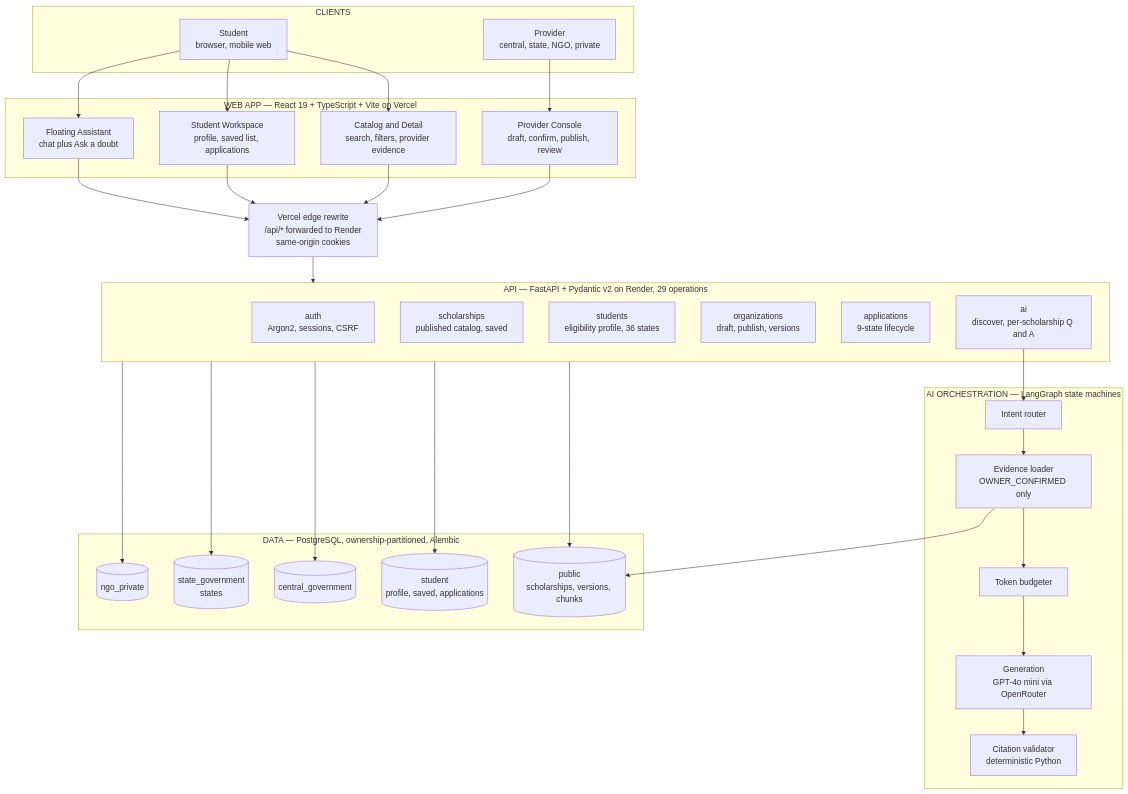
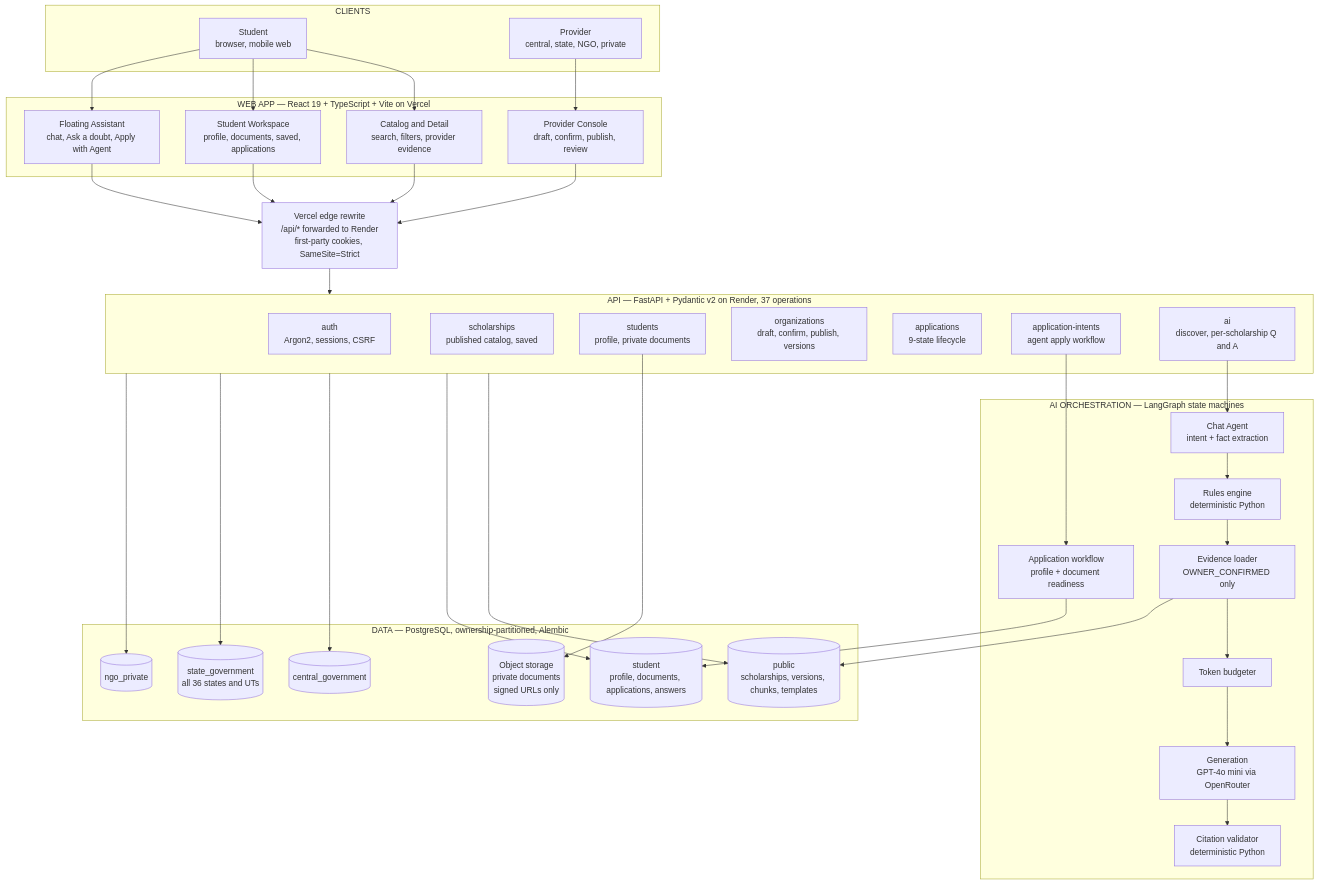
Before and after one commit to 23110572-hash/Scholarsaathi: the third of 8 diagrams in README.md, drawn with Mermaid. The commit also changed other lines of this file, not shown here.

Commit message:
Rewrite README as an NSP redesign proposal

````diff
--- a/README.md
+++ b/README.md
@@ -101,59 +207,69 @@
 ```mermaid
 flowchart TB
     subgraph clients["CLIENTS"]
         S["Student<br/>browser, mobile web"]
         P["Provider<br/>central, state, NGO, private"]
     end
 
     subgraph web["WEB APP — React 19 + TypeScript + Vite on Vercel"]
         CAT["Catalog and Detail<br/>search, filters, provider evidence"]
-        WS["Student Workspace<br/>profile, saved list, applications"]
-        AI_UI["Floating Assistant<br/>chat plus Ask a doubt"]
+        WS["Student Workspace<br/>profile, documents, saved, applications"]
+        AI_UI["Floating Assistant<br/>chat, Ask a doubt, Apply with Agent"]
         PC["Provider Console<br/>draft, confirm, publish, review"]
     end
 
-    EDGE["Vercel edge rewrite<br/>/api/* forwarded to Render<br/>same-origin cookies"]
+    EDGE["Vercel edge rewrite<br/>/api/* forwarded to Render<br/>first-party cookies, SameSite=Strict"]
 
-    subgraph api["API — FastAPI + Pydantic v2 on Render, 29 operations"]
+    subgraph api["API — FastAPI + Pydantic v2 on Render, 37 operations"]
         AUTH["auth<br/>Argon2, sessions, CSRF"]
         SCH["scholarships<br/>published catalog, saved"]
-        STU["students<br/>eligibility profile, 36 states"]
-        ORG["organizations<br/>draft, publish, versions"]
+        STU["students<br/>profile, private documents"]
+        ORG["organizations<br/>draft, confirm, publish, versions"]
         APP["applications<br/>9-state lifecycle"]
+        INT["application-intents<br/>agent apply workflow"]
         AIR["ai<br/>discover, per-scholarship Q and A"]
     end
 
     subgraph ai["AI ORCHESTRATION — LangGraph state machines"]
-        ROUTE["Intent router"]
+        CHATA["Chat Agent<br/>intent + fact extraction"]
+        RULES["Rules engine<br/>deterministic Python"]
         EV["Evidence loader<br/>OWNER_CONFIRMED only"]
         BUD["Token budgeter"]
         GEN["Generation<br/>GPT-4o mini via OpenRouter"]
         VAL["Citation validator<br/>deterministic Python"]
+        WF["Application workflow<br/>profile + document readiness"]
     end
 
     subgraph data["DATA — PostgreSQL, ownership-partitioned, Alembic"]
-        PUB[("public<br/>scholarships, versions, chunks")]
-        STD[("student<br/>profile, saved, applications")]
+        PUB[("public<br/>scholarships, versions, chunks, templates")]
+        STD[("student<br/>profile, documents, applications, answers")]
         CG[("central_government")]
-        SG[("state_government<br/>states")]
+        SG[("state_government<br/>all 36 states and UTs")]
         NP[("ngo_private")]
+        OBJ[("Object storage<br/>private documents<br/>signed URLs only")]
     end
 
     S --> CAT
     S --> WS
     S --> AI_UI
     P --> PC
     CAT --> EDGE
     WS --> EDGE
     AI_UI --> EDGE
     PC --> EDGE
     EDGE --> api
-    AIR --> ROUTE
-    ROUTE --> EV --> BUD --> GEN --> VAL
+
+    AIR --> CHATA
+    CHATA --> RULES
+    RULES --> EV --> BUD --> GEN --> VAL
+    INT --> WF
+    WF --> STD
+
     EV --> PUB
     api --> PUB
     api --> STD
     api --> CG
     api --> SG
     api --> NP
+    STU --> OBJ
 ```
````
